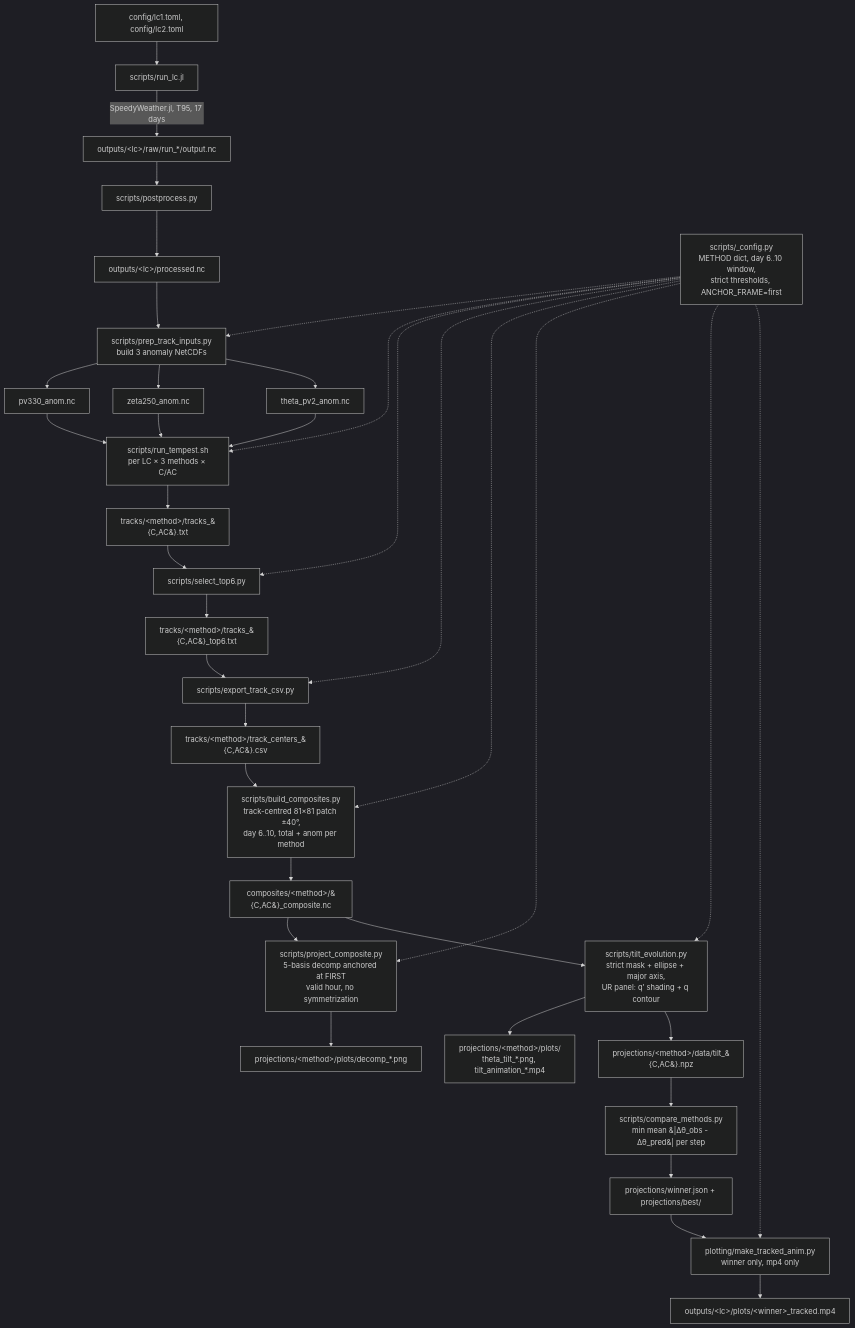
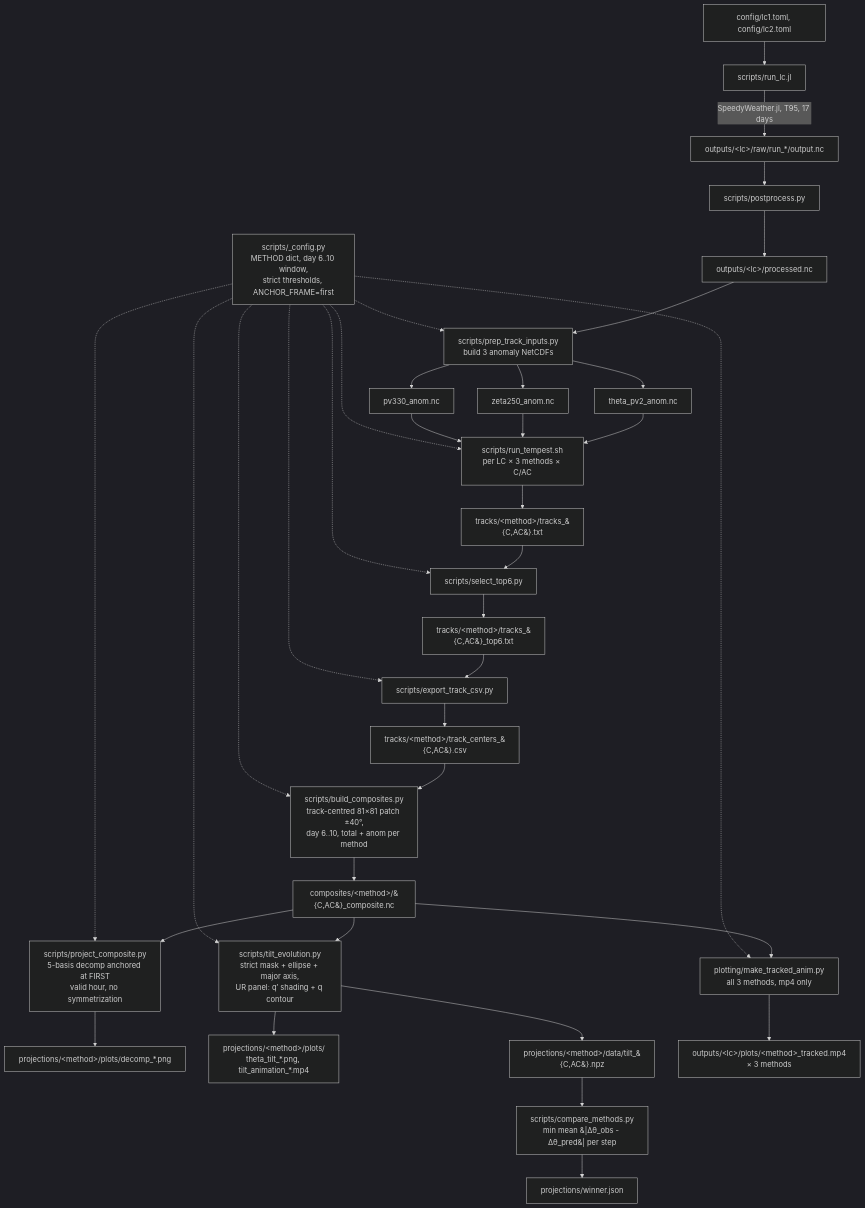
The diagram in README.md (yanxingjianken/thorncroft93RWB), drawn with Mermaid (dark theme) before and after one commit. The commit also changed other lines of this file and 84 other files, not shown here.

First line of the commit message:
feat(v2.3.1): center-blob ellipse + pole/lon wrap + all-3-methods tracked mp4

````diff
--- a/README.md
+++ b/README.md
@@ -167,32 +195,32 @@
 ```mermaid
 graph TD
     A[config/lc1.toml, config/lc2.toml] --> B[scripts/run_lc.jl]
     B -->|SpeedyWeather.jl, T95, 17 days| C[outputs/&lt;lc&gt;/raw/run_*/output.nc]
     C --> D[scripts/postprocess.py]
     D --> E[outputs/&lt;lc&gt;/processed.nc]
 
     CFG[scripts/_config.py<br/>METHOD dict, day 6..10 window,<br/>strict thresholds, ANCHOR_FRAME=first] -.-> H
     CFG -.-> J & L & EXP & N & P & R & W
 
     E --> H[scripts/prep_track_inputs.py<br/>build 3 anomaly NetCDFs]
     H --> I1[pv330_anom.nc]
     H --> I2[zeta250_anom.nc]
     H --> I3[theta_pv2_anom.nc]
     I1 & I2 & I3 --> J[scripts/run_tempest.sh<br/>per LC &times; 3 methods &times; C/AC]
     J --> K[tracks/&lt;method&gt;/tracks_&#123;C,AC&#125;.txt]
     K --> L[scripts/select_top6.py]
     L --> M[tracks/&lt;method&gt;/tracks_&#123;C,AC&#125;_top6.txt]
     M --> EXP[scripts/export_track_csv.py]
     EXP --> CSV[tracks/&lt;method&gt;/track_centers_&#123;C,AC&#125;.csv]
     CSV --> N[scripts/build_composites.py<br/>track-centred 81&times;81 patch &plusmn;40&deg;,<br/>day 6..10, total + anom per method]
     N --> O[composites/&lt;method&gt;/&#123;C,AC&#125;_composite.nc]
     O --> P[scripts/project_composite.py<br/>5-basis decomp anchored at FIRST<br/>valid hour, no symmetrization]
     P --> Q[projections/&lt;method&gt;/plots/decomp_*.png]
     O --> R[scripts/tilt_evolution.py<br/>strict mask + ellipse + major axis,<br/>UR panel: q&prime; shading + q contour]
     R --> S[projections/&lt;method&gt;/plots/<br/>theta_tilt_*.png, tilt_animation_*.mp4]
     R --> SD[projections/&lt;method&gt;/data/tilt_&#123;C,AC&#125;.npz]
     SD --> CMP[scripts/compare_methods.py<br/>min mean &#124;&Delta;&theta;_obs - &Delta;&theta;_pred&#124; per step]
-    CMP --> WIN[projections/winner.json + projections/best/]
-    WIN --> W[plotting/make_tracked_anim.py<br/>winner only, mp4 only]
-    W --> WPMP[outputs/&lt;lc&gt;/plots/&lt;winner&gt;_tracked.mp4]
+    CMP --> WIN[projections/winner.json]
+    O --> W[plotting/make_tracked_anim.py<br/>all 3 methods, mp4 only]
+    W --> WPMP[outputs/&lt;lc&gt;/plots/&lt;method&gt;_tracked.mp4<br/>&times; 3 methods]
 ```
````
